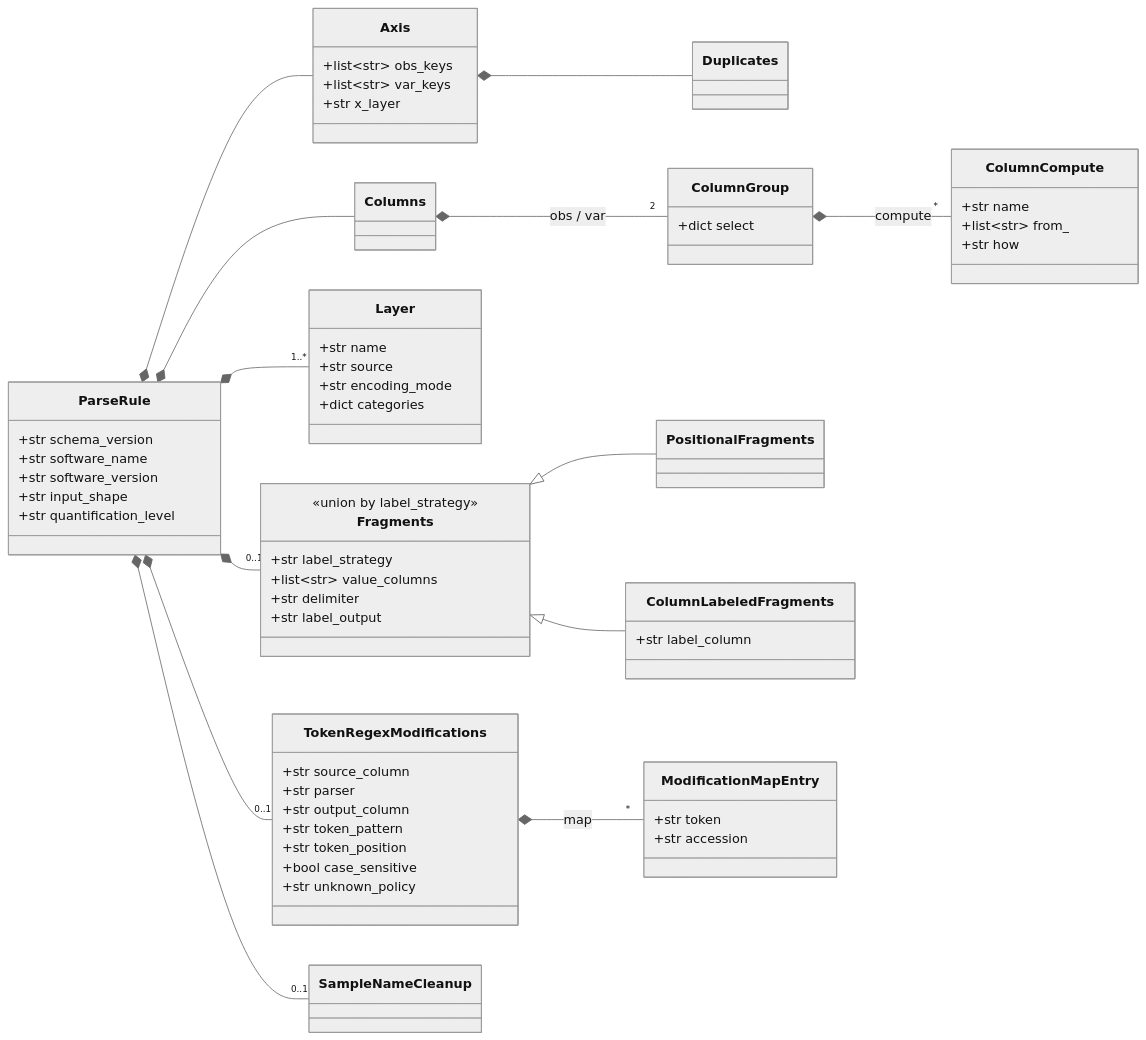
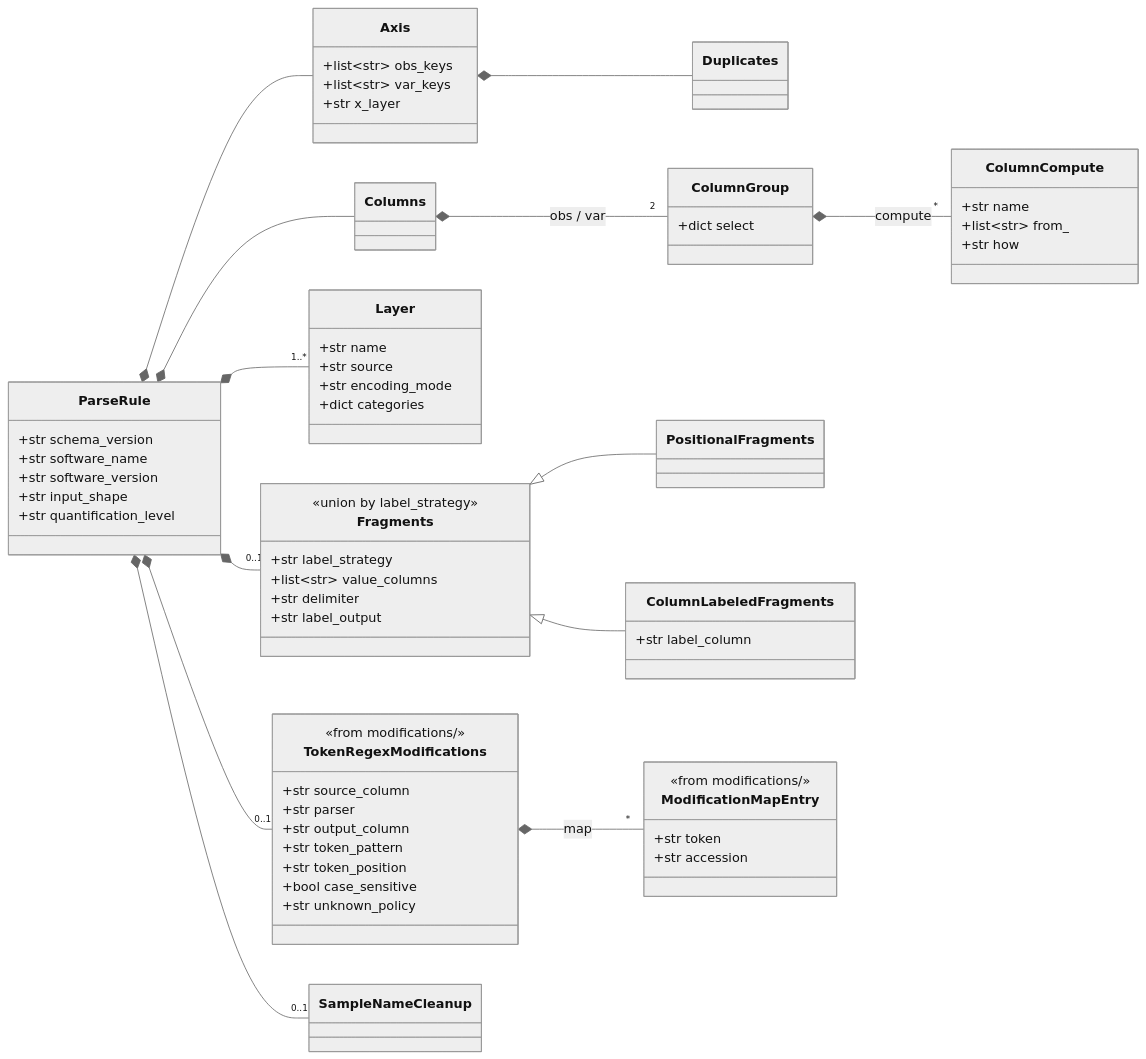
The fourth of 8 diagrams in docs/parsing_architecture.md (anndata-omics-bridge/anndata-proteomics-bridge), drawn with Mermaid (neutral theme) before and after one commit. The commit also changed other lines of this file and 81 other files, not shown here.

````diff
--- a/docs/parsing_architecture.md
+++ b/docs/parsing_architecture.md
@@ -204,69 +211,71 @@
 ```mermaid
 classDiagram
     direction LR
     class ParseRule {
         +str schema_version
         +str software_name
         +str software_version
         +str input_shape
         +str quantification_level
     }
     class Axis {
         +list~str~ obs_keys
         +list~str~ var_keys
         +str x_layer
     }
     class Duplicates
     class Columns
     class ColumnGroup {
         +dict select
     }
     class ColumnCompute {
         +str name
         +list~str~ from_
         +str how
     }
     class Layer {
         +str name
         +str source
         +str encoding_mode
         +dict categories
     }
     class TokenRegexModifications {
+        <<from modifications/>>
         +str source_column
         +str parser
         +str output_column
         +str token_pattern
         +str token_position
         +bool case_sensitive
         +str unknown_policy
     }
     class Fragments {
         <<union by label_strategy>>
         +str label_strategy
         +list~str~ value_columns
         +str delimiter
         +str label_output
     }
     class PositionalFragments
     class ColumnLabeledFragments {
         +str label_column
     }
     class ModificationMapEntry {
+        <<from modifications/>>
         +str token
         +str accession
     }
     class SampleNameCleanup
     ParseRule *-- Axis
     ParseRule *-- Columns
     ParseRule *-- "1..*" Layer
     ParseRule *-- "0..1" TokenRegexModifications
     ParseRule *-- "0..1" Fragments
     ParseRule *-- "0..1" SampleNameCleanup
     Axis *-- Duplicates
     Columns *-- "2" ColumnGroup : obs / var
     ColumnGroup *-- "*" ColumnCompute : compute
     Fragments <|-- PositionalFragments
     Fragments <|-- ColumnLabeledFragments
     TokenRegexModifications *-- "*" ModificationMapEntry : map
 ```
````
